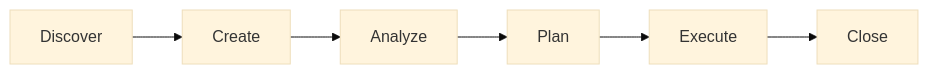
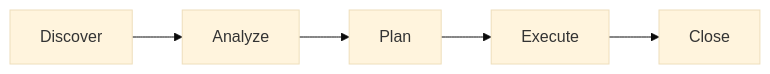
One commit to catlog22/maestro-flow changed the second of 2 diagrams in README.md. Above: the diagram before and after it, drawn with Mermaid (base theme). The commit also changed other lines of this file and 6 other files, not shown here.

````diff
--- a/README.md
+++ b/README.md
@@ -130,8 +86,7 @@
 ```mermaid
 graph LR
-    A[Discover] --> B[Create]
-    B --> C[Analyze]
-    C --> D[Plan]
-    D --> E[Execute]
-    E --> F[Close]
+    A[Discover] --> B[Analyze]
+    B --> C[Plan]
+    C --> D[Execute]
+    D --> E[Close]
 ```
````
